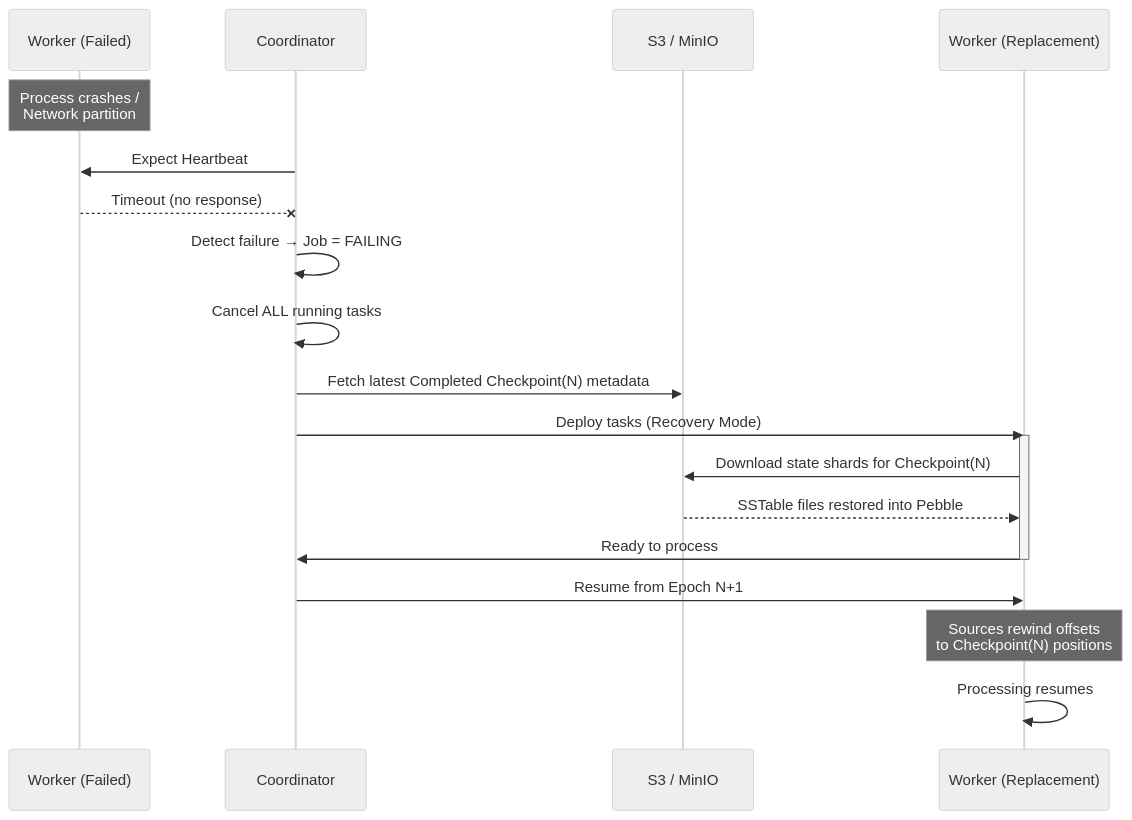
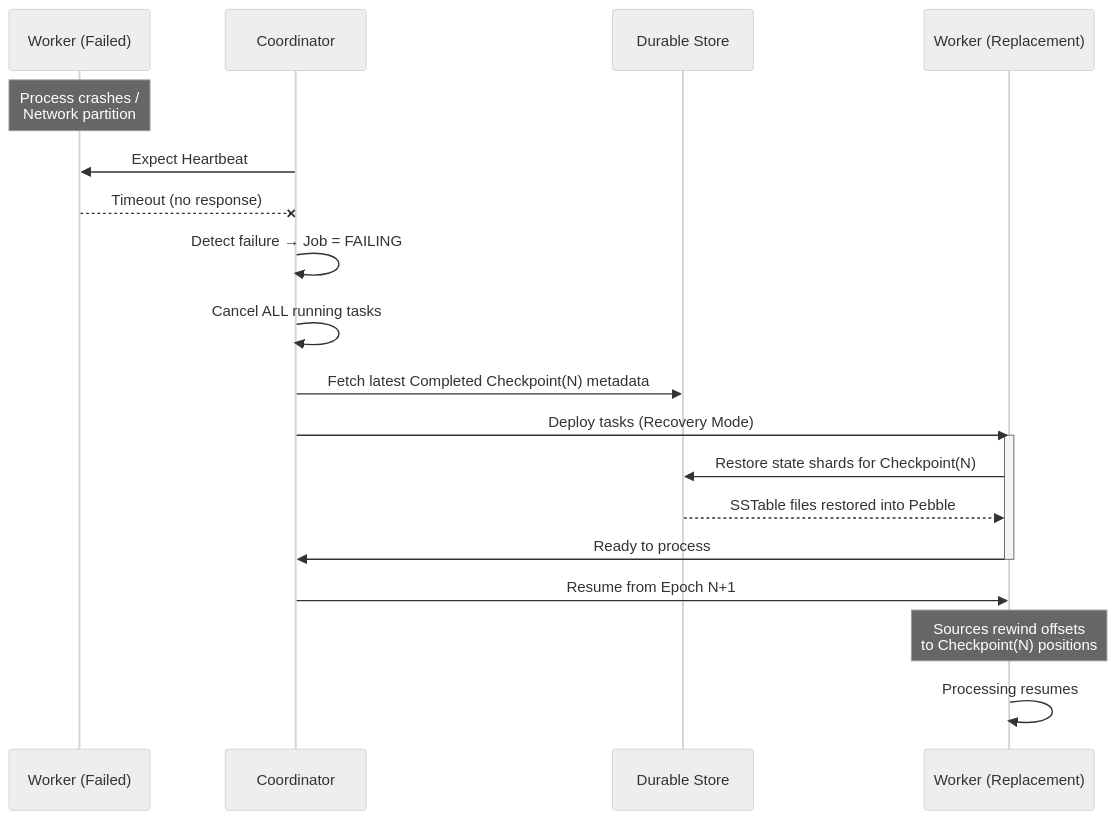
One commit to tarungka/wire changed the fifth of 12 diagrams in docs/diagrams.md. Above: the diagram before and after it, drawn with Mermaid (neutral theme). The commit also changed other lines of this file and 18 other files, not shown here.

````diff
--- a/docs/diagrams.md
+++ b/docs/diagrams.md
@@ -161,26 +161,26 @@
 ```mermaid
 sequenceDiagram
     participant TM as Worker (Failed)
     participant C as Coordinator
-    participant S3 as S3 / MinIO
+    participant DS as Durable Store
     participant NW as Worker (Replacement)
 
     Note over TM: Process crashes /<br/>Network partition
     C->>TM: Expect Heartbeat
     TM--xC: Timeout (no response)
     C->>C: Detect failure → Job = FAILING
 
     C->>C: Cancel ALL running tasks
-    C->>S3: Fetch latest Completed Checkpoint(N) metadata
+    C->>DS: Fetch latest Completed Checkpoint(N) metadata
 
     C->>NW: Deploy tasks (Recovery Mode)
     activate NW
-    NW->>S3: Download state shards for Checkpoint(N)
-    S3-->>NW: SSTable files restored into Pebble
+    NW->>DS: Restore state shards for Checkpoint(N)
+    DS-->>NW: SSTable files restored into Pebble
     NW->>C: Ready to process
     deactivate NW
 
     C->>NW: Resume from Epoch N+1
     Note over NW: Sources rewind offsets<br/>to Checkpoint(N) positions
     NW->>NW: Processing resumes
 ```
````
